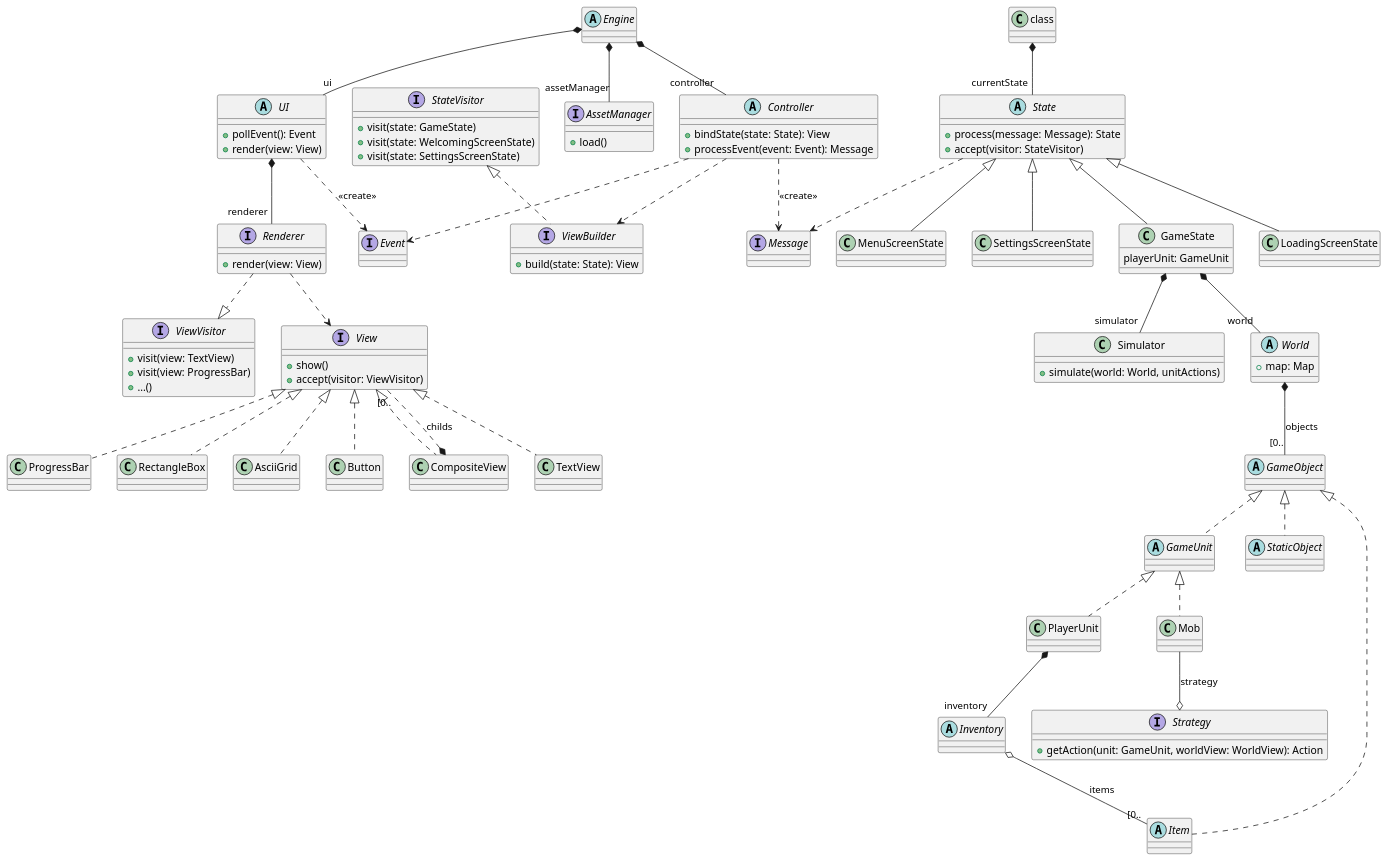
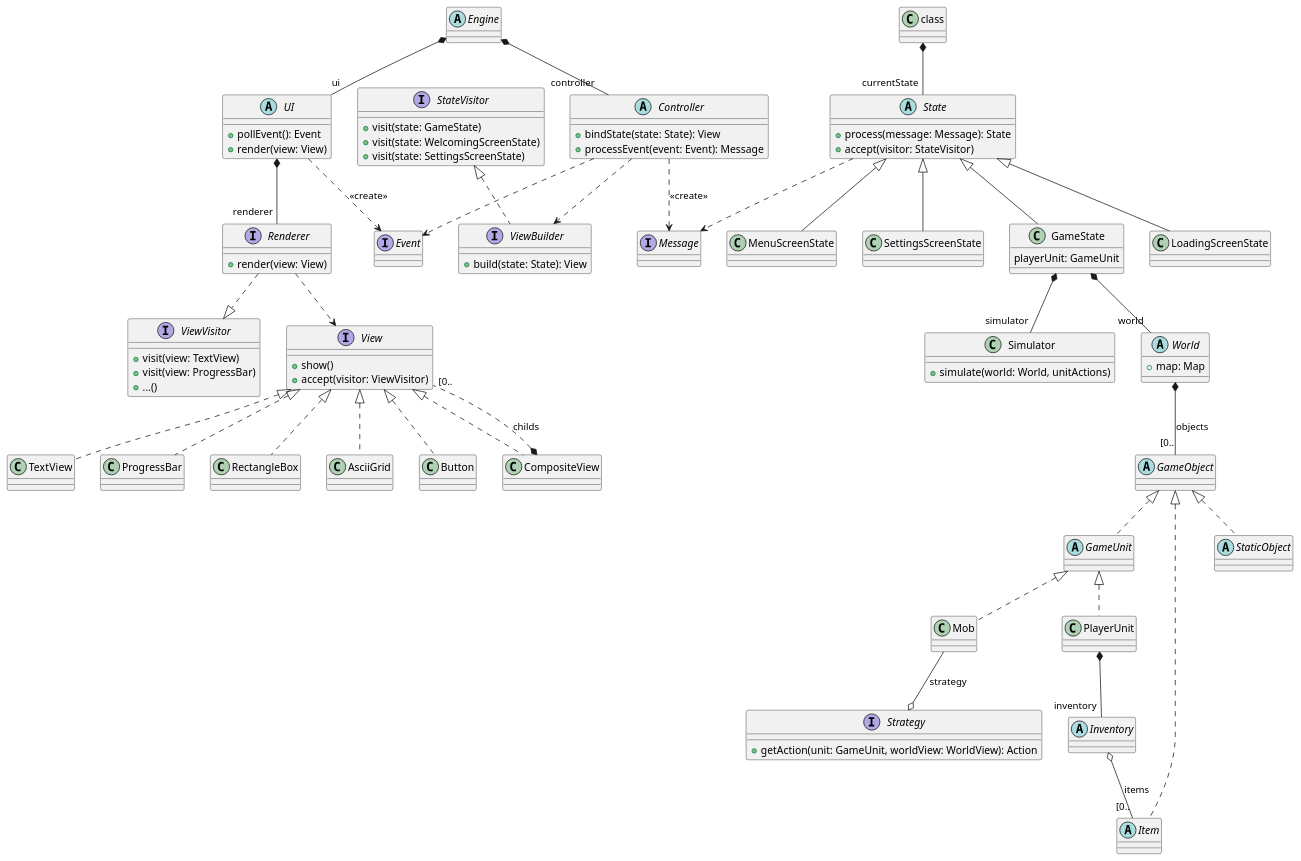
One commit to Lana243/roguelike changed the diagram in docs/data/roguelike-class-diagram.puml. Above: the diagram before and after it, drawn with PlantUML.

Commit message:
remove asset manager

```diff
--- a/docs/data/roguelike-class-diagram.puml
+++ b/docs/data/roguelike-class-diagram.puml
@@ -1,165 +1,160 @@
 @startuml
 'https://plantuml.com/class-diagram
 
 abstract class Engine
-
-interface AssetManager {
-    + load()
-}
 
 abstract class UI {
     + pollEvent(): Event
     + render(view: View)
 }
 
 abstract class Controller {
     + bindState(state: State): View
     + processEvent(event: Event): Message
 }
 
 Engine *-- "controller" Controller
-Engine *-- "assetManager" AssetManager
 Engine *-- "ui" UI
 
 class Simulator {
     + simulate(world: World, unitActions)
 }
 
 interface Strategy {
     + getAction(unit: GameUnit, worldView: WorldView): Action
 }
 
 abstract class World {
     + map: Map
 }
 
 abstract class GameObject
 
 abstract class GameUnit
 
 class Mob
 
 GameUnit <|.. Mob
 GameUnit <|.. PlayerUnit
 
 Mob --o Strategy : "strategy"
 
 abstract class StaticObject
 
 abstract class Item
 
 abstract class Inventory
 
 Inventory o-- "[0.." Item : "items"
 
 PlayerUnit *-- "inventory" Inventory
 
 GameObject <|.. GameUnit
 GameObject <|.. StaticObject
 GameObject <|.. Item
 
 interface Message
 
 Controller ..> Message : "<<create>>"
 State ..> Message
 
 
 interface Event
 
 Controller ..> Event
 UI ..> Event : "<<create>>"
 
 
 
 
 abstract class Controller
 
 Controller ..> ViewBuilder
 
 abstract class State {
     + process(message: Message): State
     + accept(visitor: StateVisitor)
 }
 
 class MenuScreenState
 
 class SettingsScreenState
 
 class GameState {
     playerUnit: GameUnit
 }
 
 class LoadingScreenState
 
 interface StateVisitor {
     + visit(state: GameState)
     + visit(state: WelcomingScreenState)
     + visit(state: SettingsScreenState)
 }
 
 
 GameState *-- "world" World
 GameState *-- "simulator" Simulator
 
 interface ViewBuilder {
     + build(state: State): View
 }
 
 
 StateVisitor <|.. ViewBuilder
 
 interface Renderer {
     + render(view: View)
 }
 
 interface ViewVisitor {
     + visit(view: TextView)
     + visit(view: ProgressBar)
     + ...()
 }
 
 interface View {
     + show()
     + accept(visitor: ViewVisitor)
 }
 
 class TextView
 
 class ProgressBar
 
 class RectangleBox
 
 class AsciiGrid
 
 class Button
 
 class CompositeView
 
 interface ViewBuilder
 
 class *-- "currentState" State
 
 State <|-- MenuScreenState
 State <|-- SettingsScreenState
 State <|-- GameState
 State <|-- LoadingScreenState
 
 View <|.. TextView
 View <|.. ProgressBar
 View <|.. RectangleBox
 View <|.. AsciiGrid
 View <|.. Button
 View <|.. CompositeView
 
 
 CompositeView *.. "[0.." View : "childs"
 
 Renderer ..|> ViewVisitor
 Renderer ..> View
 
 UI *-- "renderer" Renderer
 
 World *-- "[0.." GameObject : "objects"
 
 
 @enduml
```
